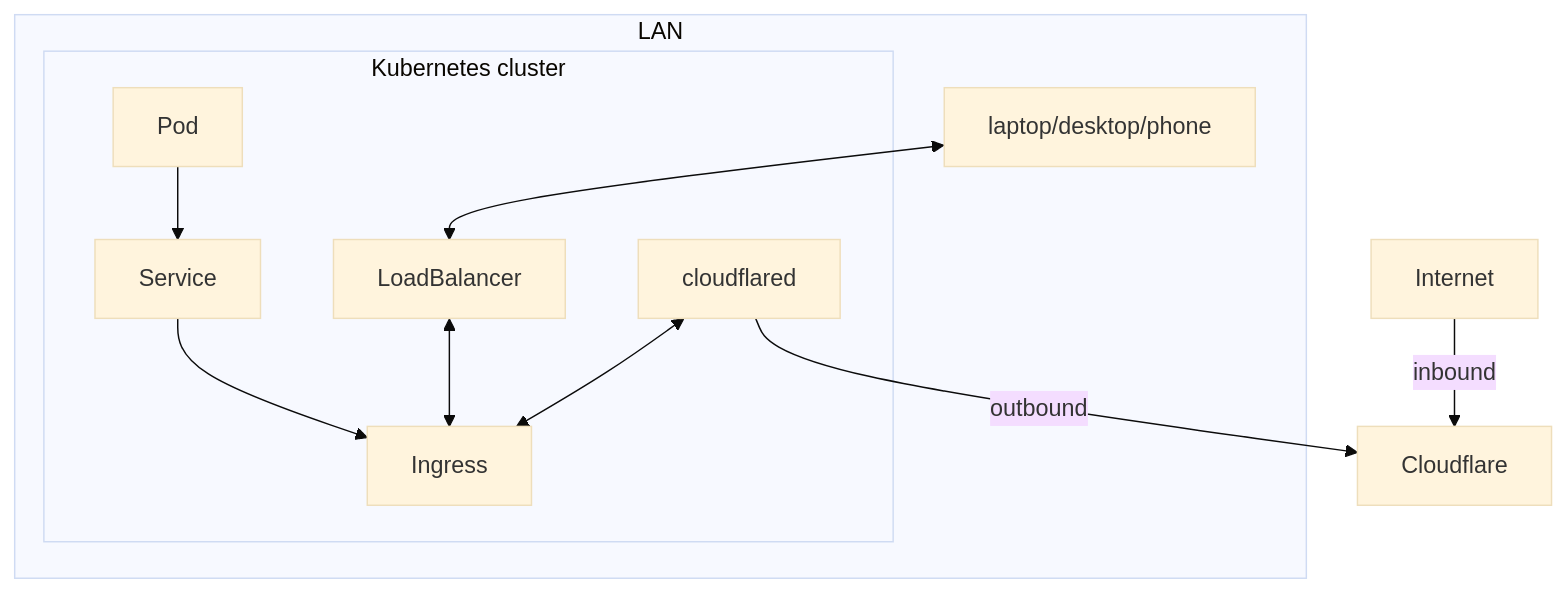
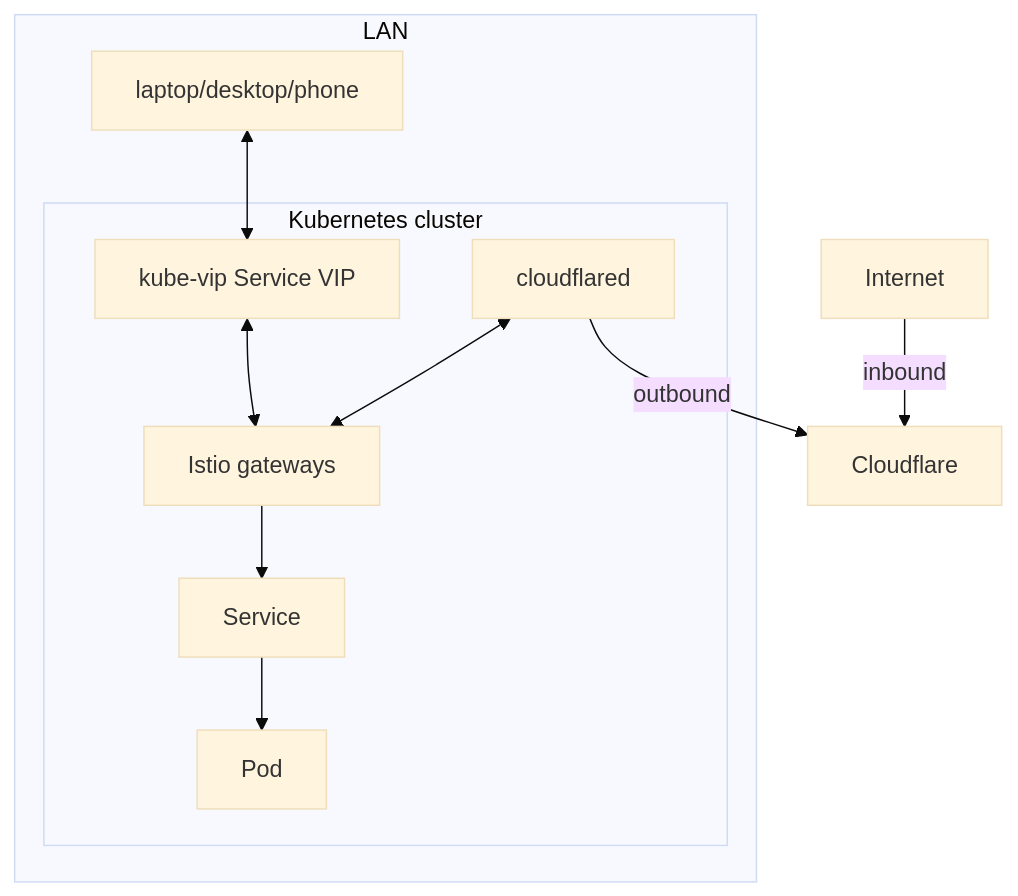
Before and after one commit to khuedoan/homelab: the diagram in docs/reference/architecture/networking.md, drawn with Mermaid (base theme). The commit also changed other lines of this file, not shown here.

Commit message:
docs: update networking overview

````diff
--- a/docs/reference/architecture/networking.md
+++ b/docs/reference/architecture/networking.md
@@ -3,19 +3,20 @@
 ```mermaid
 flowchart TD
   subgraph LAN
     laptop/desktop/phone <--> LoadBalancer
     subgraph k8s[Kubernetes cluster]
-      Pod --> Service
-      Service --> Ingress
+      Gateway --> Service
+      Service --> Pod
 
-      LoadBalancer
+      LoadBalancer[kube-vip Service VIP]
+      Gateway[Istio gateways]
 
       cloudflared
-      cloudflared <--> Ingress
+      cloudflared <--> Gateway
     end
-    LoadBalancer <--> Ingress
+    LoadBalancer <--> Gateway
   end
 
   cloudflared -- outbound --> Cloudflare
   Internet -- inbound --> Cloudflare
 ```
````
